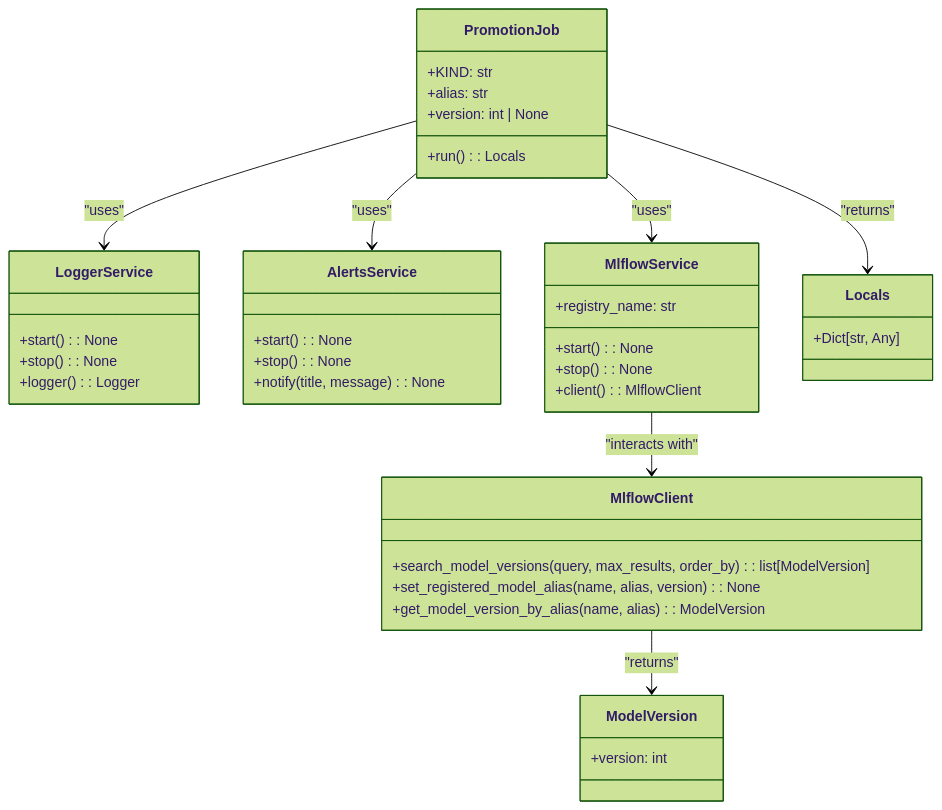
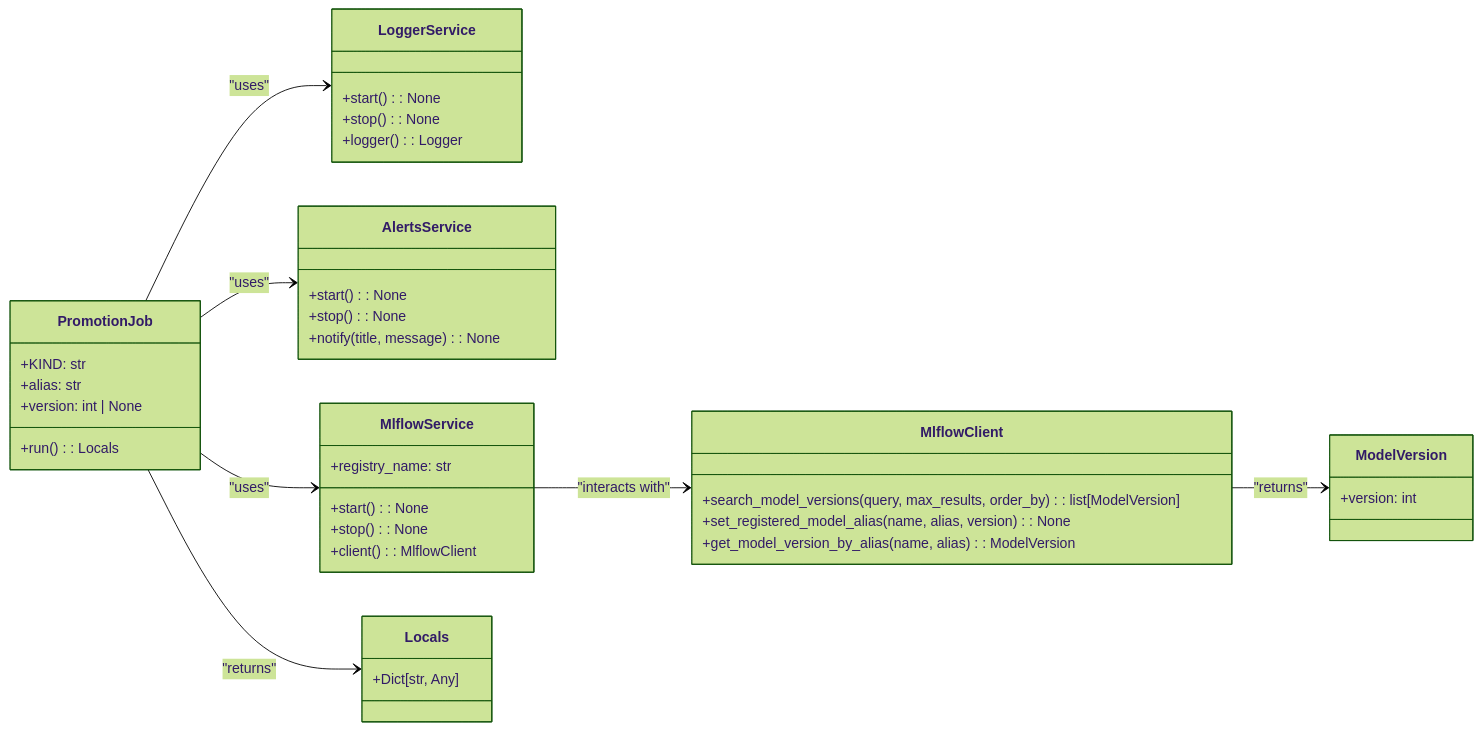
Before and after one commit to lgcorzo/llmops-python-package: the diagram in Documents/Promotions_stories.md, drawn with Mermaid (forest theme). The commit also changed other lines of this file and 25 other files, not shown here.

````diff
--- a/Documents/Promotions_stories.md
+++ b/Documents/Promotions_stories.md
@@ -20,50 +21,52 @@
 ```mermaid
 classDiagram
+direction LR
+
     class PromotionJob {
         +KIND: str
         +alias: str
         +version: int | None
         +run() : Locals
     }
 
     class LoggerService {
         +start() : None
         +stop() : None
         +logger() : Logger
     }
 
     class AlertsService {
         +start() : None
         +stop() : None
         +notify(title, message) : None
     }
 
     class MlflowService {
         +start() : None
         +stop() : None
         +client() : MlflowClient
         +registry_name: str
     }
 
     class MlflowClient {
         +search_model_versions(query, max_results, order_by) : list[ModelVersion]
         +set_registered_model_alias(name, alias, version) : None
         +get_model_version_by_alias(name, alias) : ModelVersion
     }
 
     class ModelVersion {
         +version: int
     }
 
     class Locals {
         +Dict[str, Any]
     }
 
     PromotionJob --> LoggerService : "uses"
     PromotionJob --> AlertsService : "uses"
     PromotionJob --> MlflowService : "uses"
     MlflowService --> MlflowClient : "interacts with"
     MlflowClient --> ModelVersion : "returns"
     PromotionJob --> Locals : "returns"
 
 ```
````
